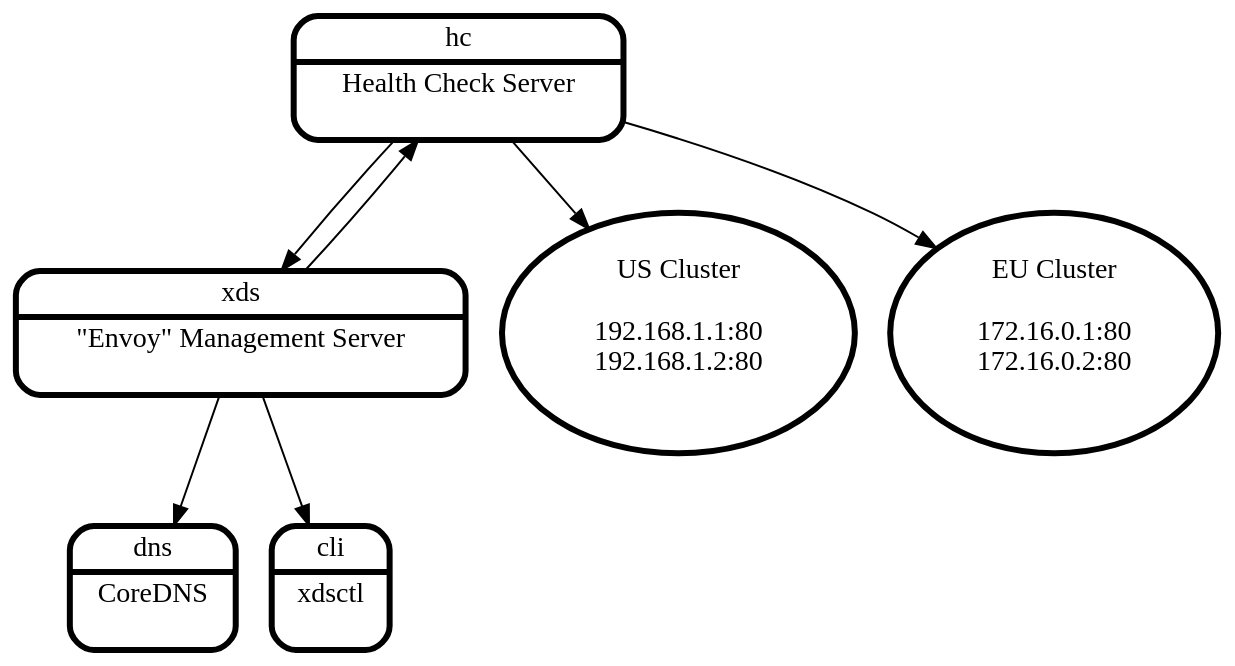
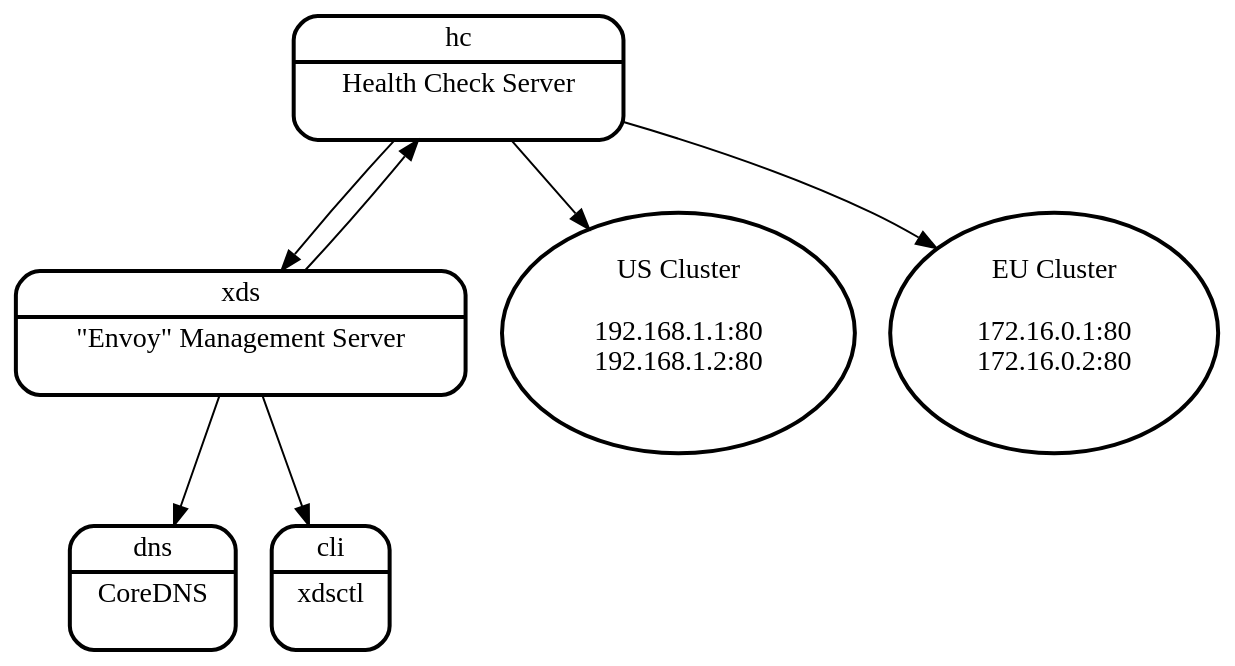
One commit to miekg/kubeadam changed the diagram in xds-overview.dot. Above: the diagram before and after it, drawn with Graphviz. The commit also changed 2 other files, not shown here.

```diff
--- a/xds-overview.dot
+++ b/xds-overview.dot
@@ -1,33 +1,33 @@
 digraph xds_overview {
     bgcolor="transparent"
     subgraph sub_web_us {
         label="web US";
-        node[shape=oval,penwidth=3]
+        node[shape=oval,penwidth=2]
         web_us [label="US Cluster\n\n192.168.1.1:80\n192.168.1.2:80\n\n"];
     }
     subgraph sub_web_eu {
         label="web EU";
-        node[shape=oval,penwidth=3]
+        node[shape=oval,penwidth=2]
         web_eu [label="EU Cluster\n\n172.16.0.1:80\n172.16.0.2:80\n\n"];
     }
     subgraph sub_xds {
-        xds [label="{<f0> xds|<f1> \"Envoy\" Management Server\n\n}" shape=Mrecord,penwidth=3];
+        xds [label="{<f0> xds|<f1> \"Envoy\" Management Server\n\n}" shape=Mrecord,penwidth=2];
     }
     subgraph sub_hc {
-        hc [label="{<f0> hc|<f1> Health Check Server\n\n}" shape=Mrecord,penwidth=3];
+        hc [label="{<f0> hc|<f1> Health Check Server\n\n}" shape=Mrecord,penwidth=2];
     }
     subgraph sub_coredns {
-        coredns [label="{<f0> dns|<f1> CoreDNS\n\n}" shape=Mrecord,penwidth=3];
+        coredns [label="{<f0> dns|<f1> CoreDNS\n\n}" shape=Mrecord,penwidth=2];
     }
     subgraph sub_xdsctl {
-        xdsctl [label="{<f0> cli|<f1> xdsctl\n\n}" shape=Mrecord,penwidth=3];
+        xdsctl [label="{<f0> cli|<f1> xdsctl\n\n}" shape=Mrecord,penwidth=2];
     }
     {rank=same; web_us, web_eu}
     {rank=same; coredns, xdsctl}
 
     hc -> xds
     xds -> hc
     xds -> coredns
     xds -> xdsctl
     hc -> web_eu, web_us
 }
```
